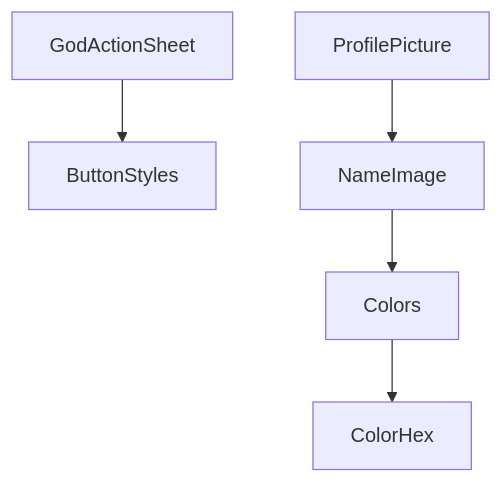
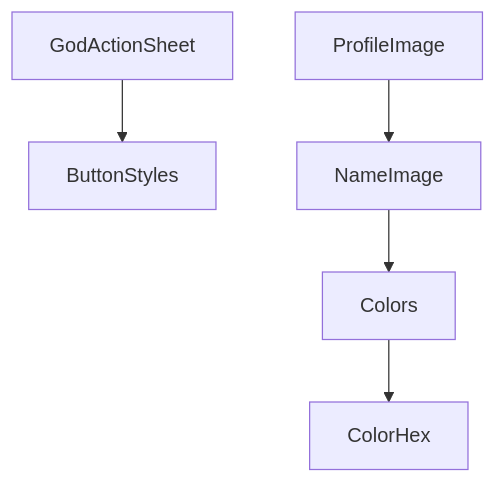
The diagram in Packages/UIComponentPackage/README.md (0x1-company/god-ios), drawn with Mermaid before and after one commit. The commit also changed 1 other file, not shown here.

Commit message:
chore: 🤖 dgraph

````diff
--- a/Packages/UIComponentPackage/README.md
+++ b/Packages/UIComponentPackage/README.md
@@ -6,7 +6,7 @@
 ```mermaid
 graph TD;
     Colors-->ColorHex;
     GodActionSheet-->ButtonStyles;
     NameImage-->Colors;
-    ProfilePicture-->NameImage;
+    ProfileImage-->NameImage;
 ```
````
